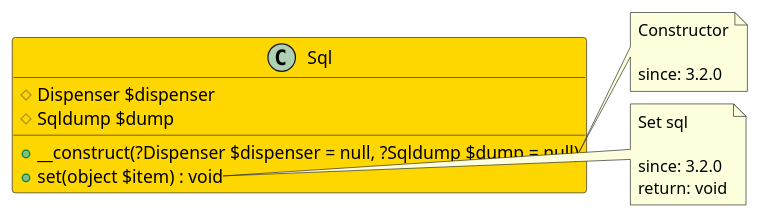
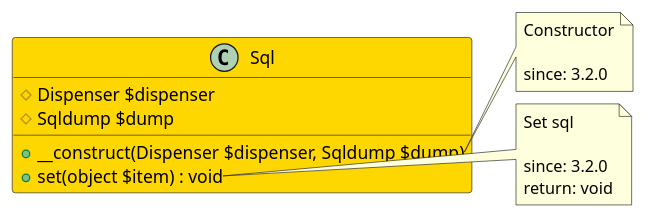
The diagram in src/d4b418a7-bf9b-4768-969d-e07c36916fd2/README.md (joomengine/jcb-compiler), drawn with PlantUML before and after one commit. The commit also changed 37 other files, not shown here.

````diff
--- a/src/d4b418a7-bf9b-4768-969d-e07c36916fd2/README.md
+++ b/src/d4b418a7-bf9b-4768-969d-e07c36916fd2/README.md
@@ -12,24 +12,24 @@
 ```uml
 @startuml
 class Sql  #Gold {
   # Dispenser $dispenser
   # Sqldump $dump
-  + __construct(?Dispenser $dispenser = null, ?Sqldump $dump = null)
+  + __construct(Dispenser $dispenser, Sqldump $dump)
   + set(object $item) : void
 }
 
 note right of Sql::__construct
   Constructor
 
   since: 3.2.0
 end note
 
 note right of Sql::set
   Set sql
 
   since: 3.2.0
   return: void
 end note
  
 @enduml
 ```
````
